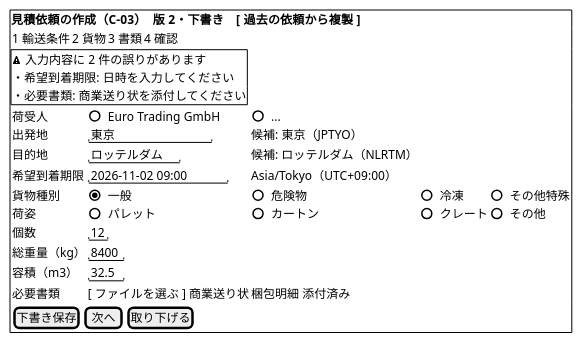
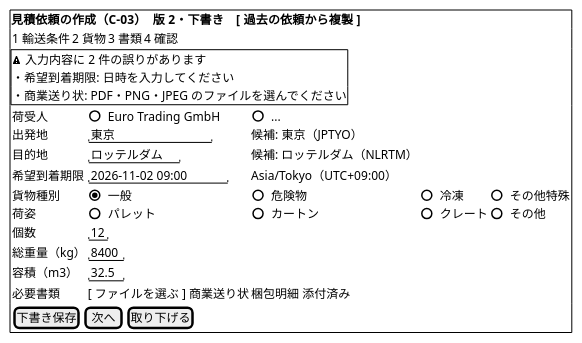
One commit to k2works/practical-domain-driven-design-in-enterpris-application changed the tenth of 21 diagrams in docs/design/cargo-tracker/ui_design.md. Above: the diagram before and after it, drawn with PlantUML. The commit also changed other lines of this file and 5 other files, not shown here.

````diff
--- a/docs/design/cargo-tracker/ui_design.md
+++ b/docs/design/cargo-tracker/ui_design.md
@@ -457,26 +458,26 @@
 ```plantuml
 @startsalt
 {+
   <b>見積依頼の作成（C-03）　版 2・下書き　[ 過去の依頼から複製 ]
   { 1 輸送条件 | 2 貨物 | 3 書類 | 4 確認 }
   {+
     <&warning> 入力内容に 2 件の誤りがあります
     ・希望到着期限: 日時を入力してください
-    ・必要書類: 商業送り状を添付してください
+    ・商業送り状: PDF・PNG・JPEG のファイルを選んでください
   }
   {
     荷受人             | ( ) Euro Trading GmbH | ( ) ...
     出発地             | "東京             " | 候補: 東京（JPTYO）
     目的地             | "ロッテルダム     " | 候補: ロッテルダム（NLRTM）
     希望到着期限        | "2026-11-02 09:00 " | Asia/Tokyo（UTC+09:00）
     貨物種別            | (X) 一般 | ( ) 危険物 | ( ) 冷凍 | ( ) その他特殊
     荷姿               | ( ) パレット | ( ) カートン | ( ) クレート | ( ) その他
     個数               | "12"
     総重量（kg）        | "8400"
     容積（m3）          | "32.5"
     必要書類            | [ ファイルを選ぶ ] 商業送り状 | 梱包明細 添付済み
   }
   { [ 下書き保存 ] | [ 次へ ] | [ 取り下げる ] }
 }
 @endsalt
 ```
````
